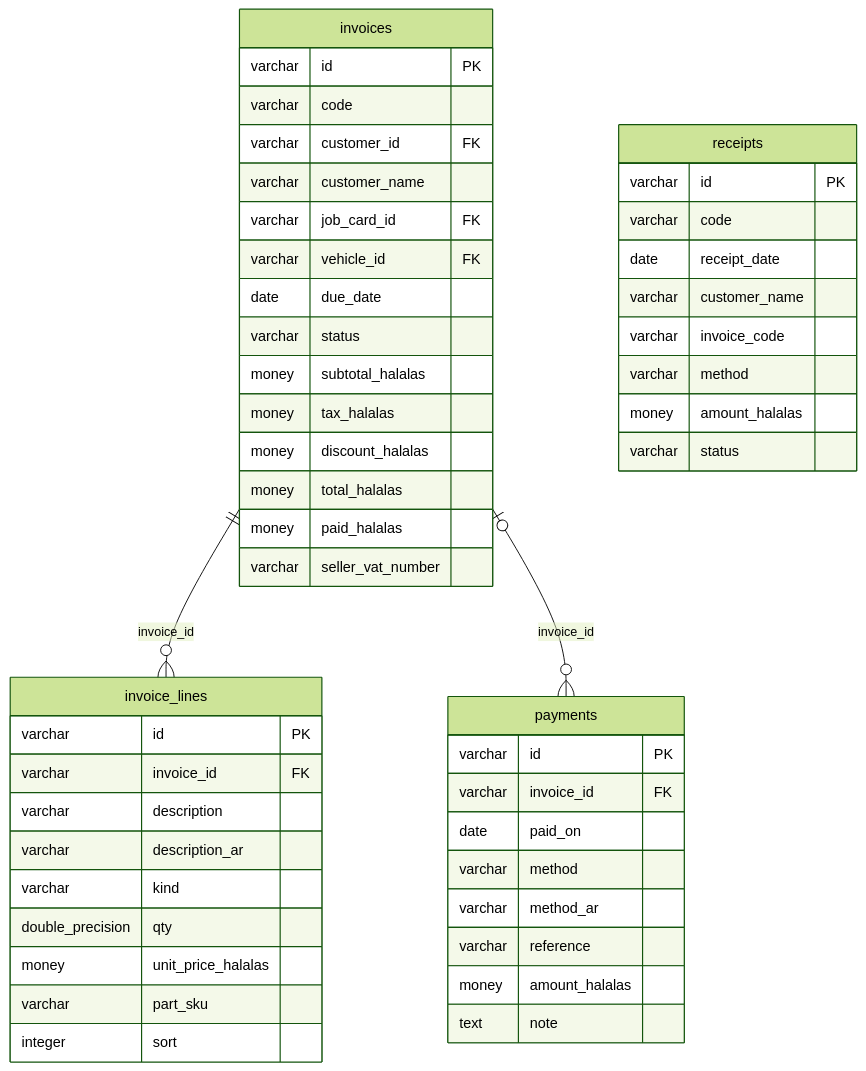
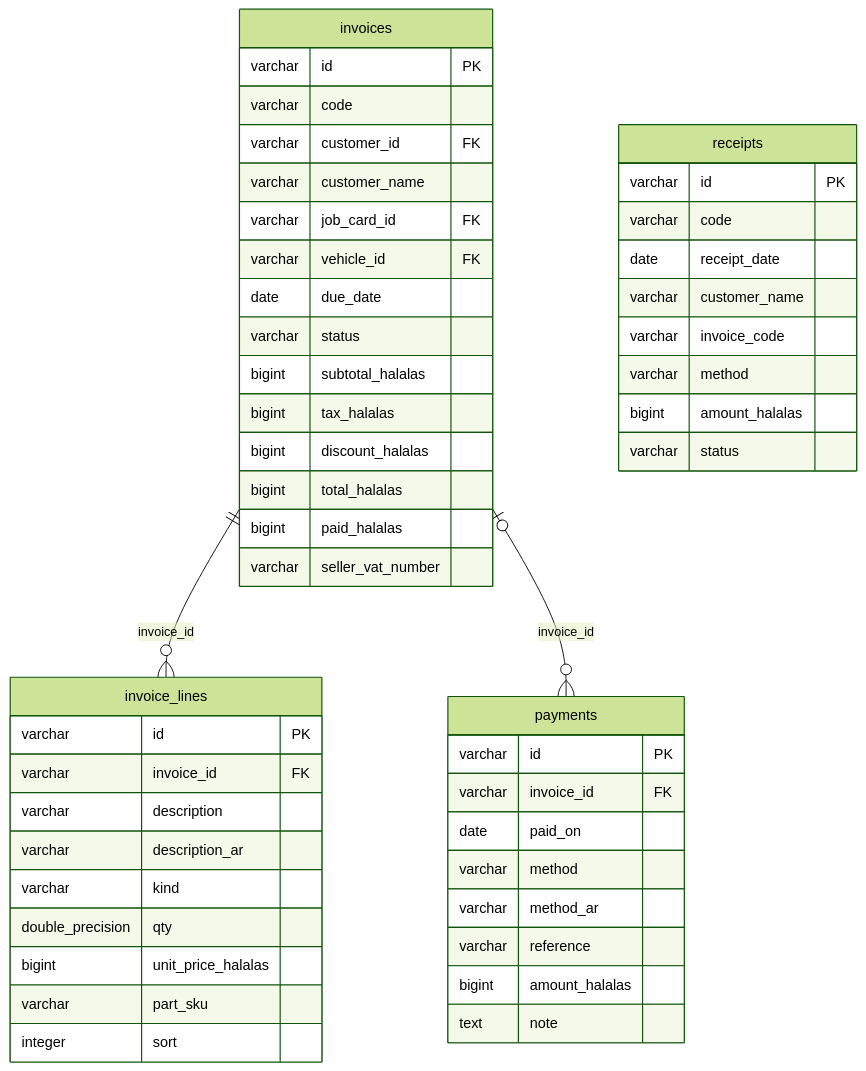
One commit to tazamohd/SlClNe changed the diagram in docs/33_MASTER_DIAGRAM_LIBRARY/ERD/BILLING_ERD.md. Above: the diagram before and after it, drawn with Mermaid (forest theme). The commit also changed 76 other files, not shown here.

````diff
--- a/docs/33_MASTER_DIAGRAM_LIBRARY/ERD/BILLING_ERD.md
+++ b/docs/33_MASTER_DIAGRAM_LIBRARY/ERD/BILLING_ERD.md
@@ -15,52 +15,52 @@
 ```mermaid
 erDiagram
   invoices {
     varchar id PK
     varchar code
     varchar customer_id FK
     varchar customer_name
     varchar job_card_id FK
     varchar vehicle_id FK
     date due_date
     varchar status
-    money subtotal_halalas
-    money tax_halalas
-    money discount_halalas
-    money total_halalas
-    money paid_halalas
+    bigint subtotal_halalas
+    bigint tax_halalas
+    bigint discount_halalas
+    bigint total_halalas
+    bigint paid_halalas
     varchar seller_vat_number
   }
   invoice_lines {
     varchar id PK
     varchar invoice_id FK
     varchar description
     varchar description_ar
     varchar kind
     double_precision qty
-    money unit_price_halalas
+    bigint unit_price_halalas
     varchar part_sku
     integer sort
   }
   payments {
     varchar id PK
     varchar invoice_id FK
     date paid_on
     varchar method
     varchar method_ar
     varchar reference
-    money amount_halalas
+    bigint amount_halalas
     text note
   }
   receipts {
     varchar id PK
     varchar code
     date receipt_date
     varchar customer_name
     varchar invoice_code
     varchar method
-    money amount_halalas
+    bigint amount_halalas
     varchar status
   }
   invoices ||--o{ invoice_lines : "invoice_id"
   invoices |o--o{ payments : "invoice_id"
 ```
````
